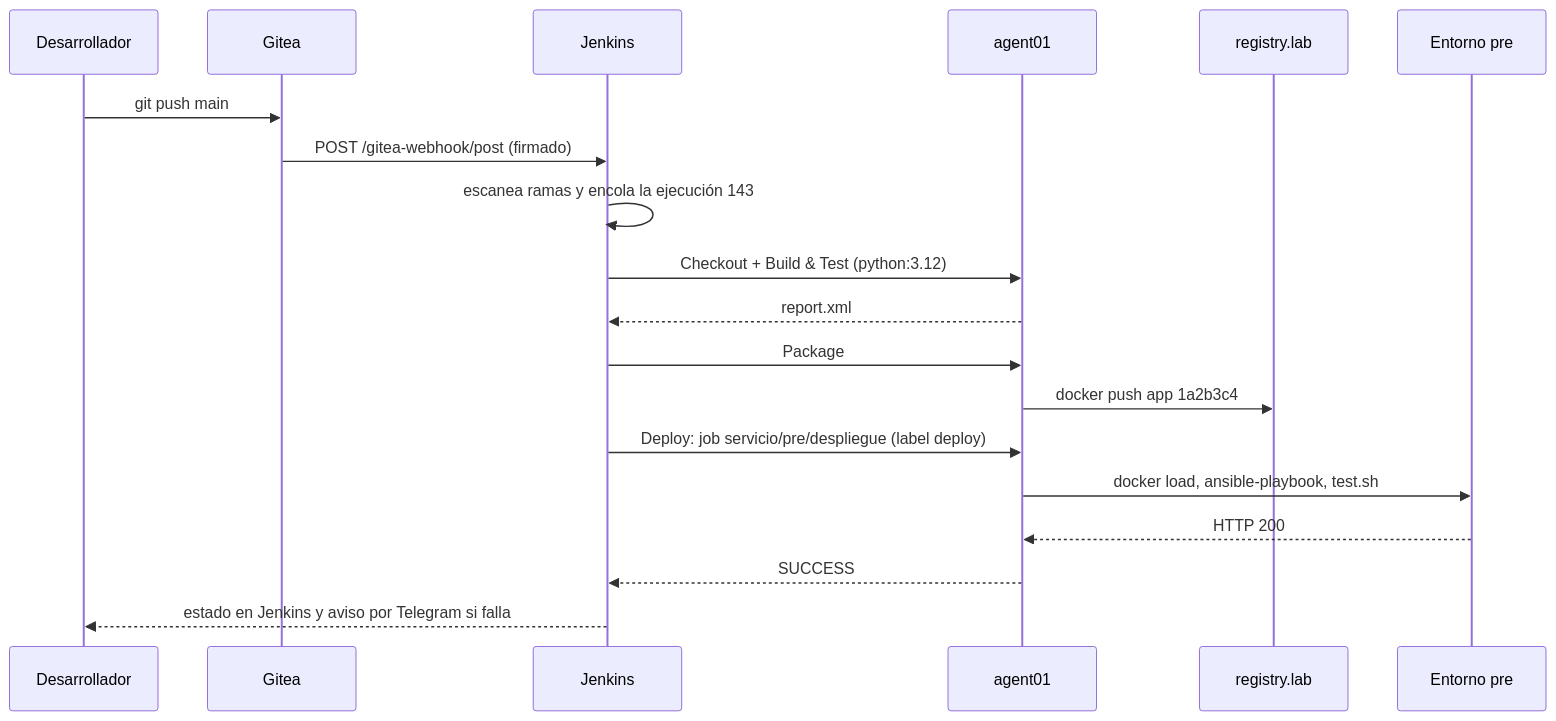
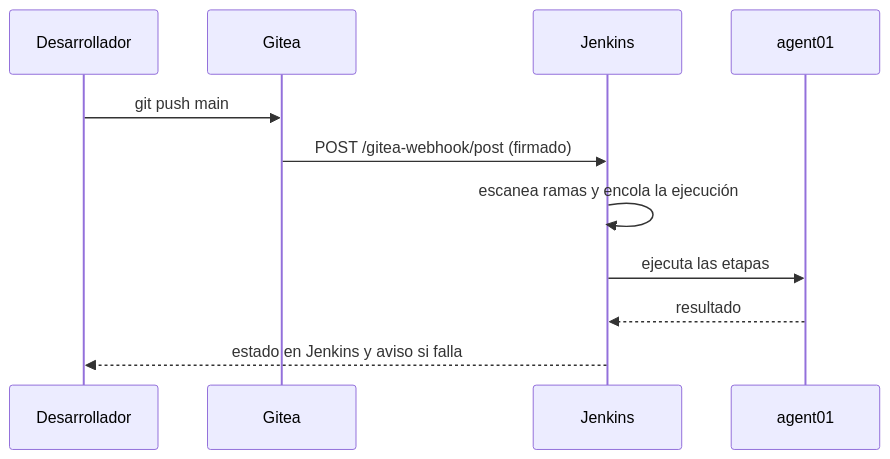
Before and after one commit to victor-educ/apuntes-5166: the fifth of 7 diagrams in docs/ut/ut6-ci.md, drawn with Mermaid. The commit also changed other lines of this file and 5 other files, not shown here.

````diff
--- a/docs/ut/ut6-ci.md
+++ b/docs/ut/ut6-ci.md
@@ -692,21 +795,13 @@
 ```mermaid
 sequenceDiagram
     participant D as Desarrollador
     participant G as Gitea
     participant J as Jenkins
     participant A as agent01
-    participant R as registry.lab
-    participant E as Entorno pre
     D->>G: git push main
     G->>J: POST /gitea-webhook/post (firmado)
-    J->>J: escanea ramas y encola la ejecución 143
-    J->>A: Checkout + Build & Test (python:3.12)
-    A-->>J: report.xml
-    J->>A: Package
-    A->>R: docker push app 1a2b3c4
-    J->>A: Deploy: job servicio/pre/despliegue (label deploy)
-    A->>E: docker load, ansible-playbook, test.sh
-    E-->>A: HTTP 200
-    A-->>J: SUCCESS
-    J-->>D: estado en Jenkins y aviso por Telegram si falla
+    J->>J: escanea ramas y encola la ejecución
+    J->>A: ejecuta las etapas
+    A-->>J: resultado
+    J-->>D: estado en Jenkins y aviso si falla
 ```
````
